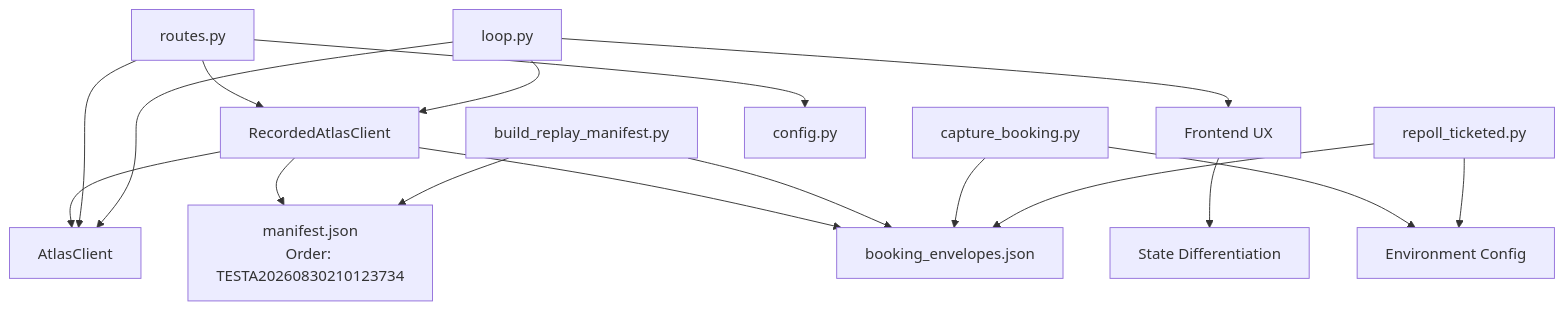
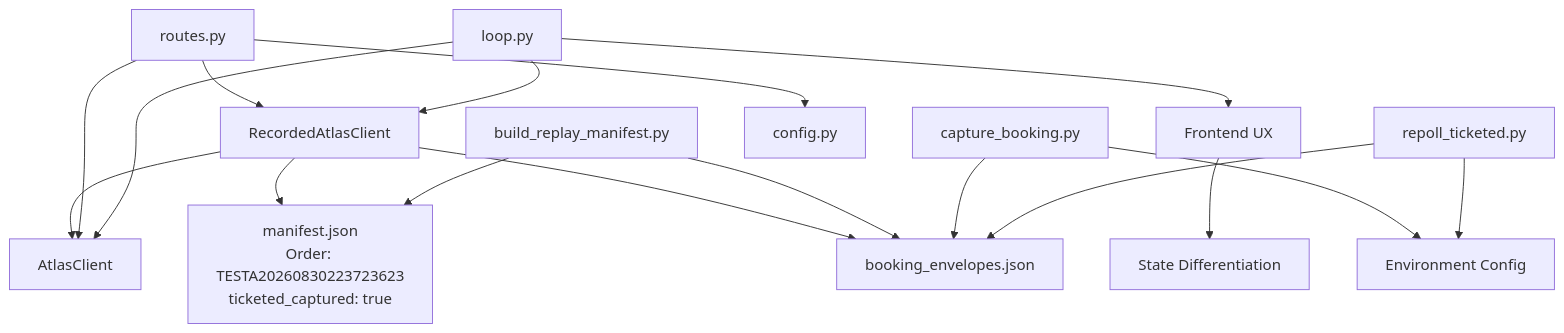
One commit to jaydonnnk/waypoint changed the seventh of 7 diagrams in .qoder/repowiki/en/content/Atlas Integration/Recorded Mode Engine.md. Above: the diagram before and after it, drawn with Mermaid. The commit also changed other lines of this file and 20 other files, not shown here.

````diff
--- a/.qoder/repowiki/en/content/Atlas Integration/Recorded Mode Engine.md
+++ b/.qoder/repowiki/en/content/Atlas Integration/Recorded Mode Engine.md
@@ -389,19 +389,19 @@
 ```mermaid
 graph TB
 RC["RecordedAtlasClient"] --> AC["AtlasClient"]
-RC --> MAN["manifest.json<br/>Order: TESTA20260830210123734"]
+RC --> MAN["manifest.json<br/>Order: TESTA20260830223723623<br/>ticketed_captured: true"]
 RC --> REC["booking_envelopes.json"]
 BLD["build_replay_manifest.py"] --> REC
 BLD --> MAN
 CAP["capture_booking.py"] --> REC
 CAP --> ENV["Environment Config"]
 REPOLL["repoll_ticketed.py"] --> REC
 REPOLL --> ENV
 RT["routes.py"] --> CFG["config.py"]
 RT --> RC
 RT --> AC
 LOOP["loop.py"] --> RC
 LOOP --> AC
 LOOP --> FE["Frontend UX"]
 FE --> STATE["State Differentiation"]
 ```
````
